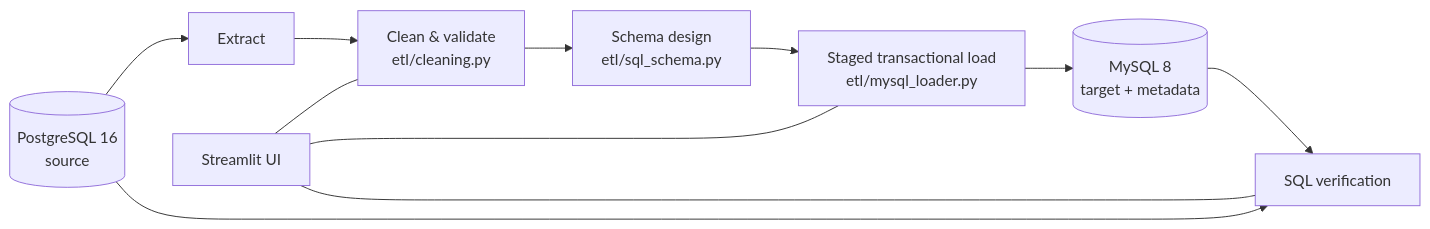
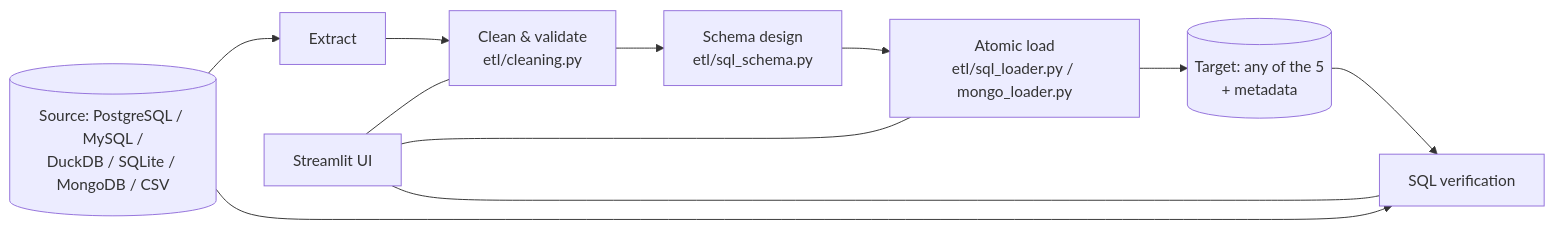
The first of 3 diagrams in docs/REPORT.md (georgedotdev/ai-data-migration-agent), drawn with Mermaid before and after one commit. The commit also changed other lines of this file and 12 other files, not shown here.

````diff
--- a/docs/REPORT.md
+++ b/docs/REPORT.md
@@ -25,11 +25,11 @@
 ```mermaid
 flowchart LR
-    PG[(PostgreSQL 16<br/>source)] --> EX[Extract]
+    PG[(Source: PostgreSQL / MySQL /<br/>DuckDB / SQLite / MongoDB / CSV)] --> EX[Extract]
     EX --> CL[Clean & validate<br/>etl/cleaning.py]
     CL --> SD[Schema design<br/>etl/sql_schema.py]
-    SD --> LD[Staged transactional load<br/>etl/mysql_loader.py]
-    LD --> MY[(MySQL 8<br/>target + metadata)]
+    SD --> LD[Atomic load<br/>etl/sql_loader.py / mongo_loader.py]
+    LD --> MY[(Target: any of the 5<br/>+ metadata)]
     MY --> VF[SQL verification]
     PG --> VF
     UI[Streamlit UI] --- CL & LD & VF
 ```
````
